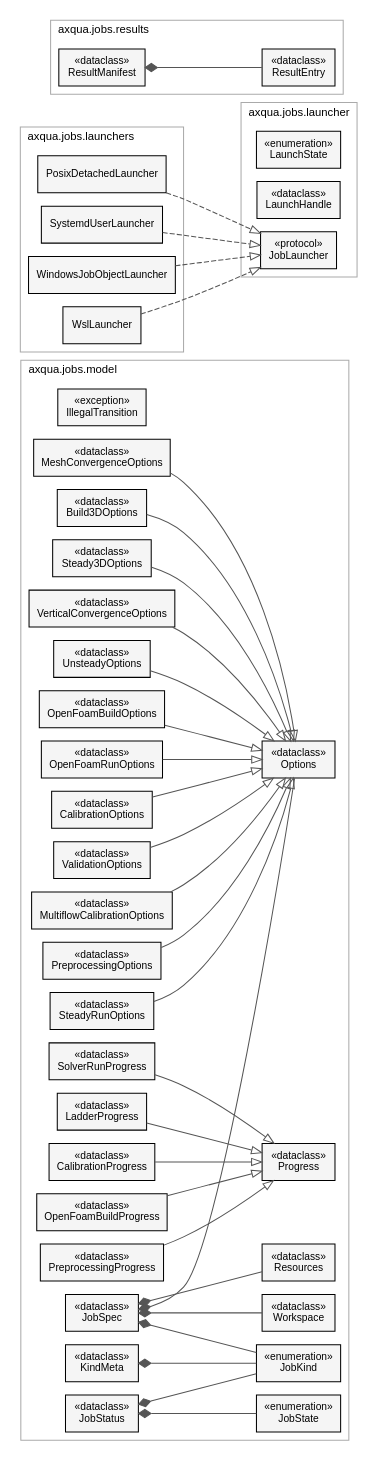
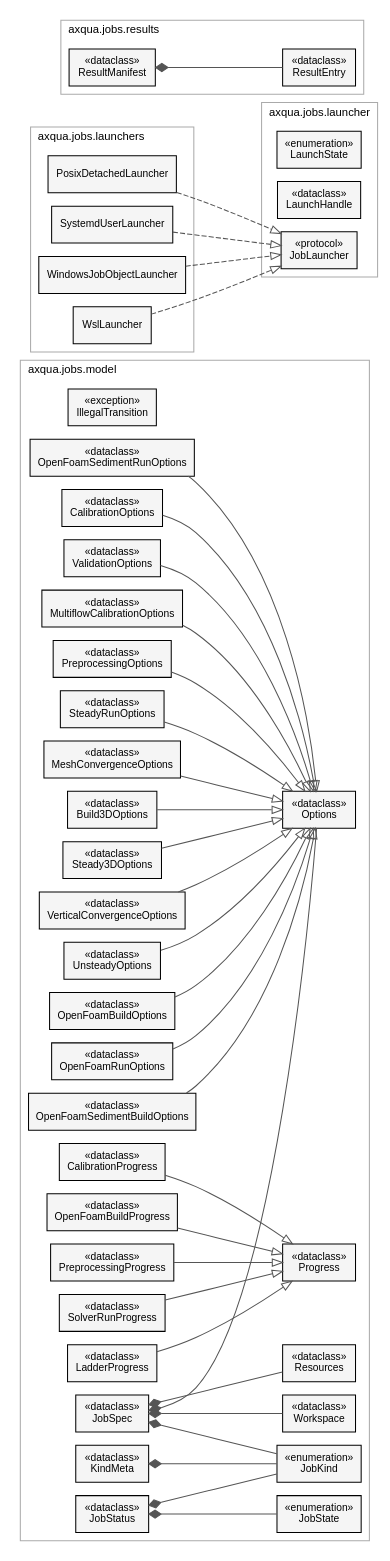
One commit to sschwindt/aXqua changed the diagram in docs/img/uml-jobs.dot. Above: the diagram before and after it, drawn with Graphviz. The commit also changed 37 other files, not shown here.

```diff
--- a/docs/img/uml-jobs.dot
+++ b/docs/img/uml-jobs.dot
@@ -1,82 +1,86 @@
 digraph uml_jobs {
   graph [rankdir=LR, nodesep=0.18, ranksep=1.0, fontname="Helvetica,Arial,sans-serif", fontsize=11, labeljust=l];
   node [shape=box, style=filled, fillcolor="#f5f5f5", fontname="Helvetica,Arial,sans-serif", fontsize=10, margin="0.12,0.06"];
   edge [color="#555555"];
   subgraph cluster_0 {
     label="axqua.jobs.model"; color="#aaaaaa";
     JobState [label="&#171;enumeration&#187;\nJobState"];
     IllegalTransition [label="&#171;exception&#187;\nIllegalTransition"];
     JobKind [label="&#171;enumeration&#187;\nJobKind"];
     Options [label="&#171;dataclass&#187;\nOptions"];
     PreprocessingOptions [label="&#171;dataclass&#187;\nPreprocessingOptions"];
     SteadyRunOptions [label="&#171;dataclass&#187;\nSteadyRunOptions"];
     MeshConvergenceOptions [label="&#171;dataclass&#187;\nMeshConvergenceOptions"];
     Build3DOptions [label="&#171;dataclass&#187;\nBuild3DOptions"];
     Steady3DOptions [label="&#171;dataclass&#187;\nSteady3DOptions"];
     VerticalConvergenceOptions [label="&#171;dataclass&#187;\nVerticalConvergenceOptions"];
     UnsteadyOptions [label="&#171;dataclass&#187;\nUnsteadyOptions"];
     OpenFoamBuildOptions [label="&#171;dataclass&#187;\nOpenFoamBuildOptions"];
     OpenFoamRunOptions [label="&#171;dataclass&#187;\nOpenFoamRunOptions"];
+    OpenFoamSedimentBuildOptions [label="&#171;dataclass&#187;\nOpenFoamSedimentBuildOptions"];
+    OpenFoamSedimentRunOptions [label="&#171;dataclass&#187;\nOpenFoamSedimentRunOptions"];
     CalibrationOptions [label="&#171;dataclass&#187;\nCalibrationOptions"];
     ValidationOptions [label="&#171;dataclass&#187;\nValidationOptions"];
     MultiflowCalibrationOptions [label="&#171;dataclass&#187;\nMultiflowCalibrationOptions"];
     Progress [label="&#171;dataclass&#187;\nProgress"];
     PreprocessingProgress [label="&#171;dataclass&#187;\nPreprocessingProgress"];
     SolverRunProgress [label="&#171;dataclass&#187;\nSolverRunProgress"];
     LadderProgress [label="&#171;dataclass&#187;\nLadderProgress"];
     CalibrationProgress [label="&#171;dataclass&#187;\nCalibrationProgress"];
     OpenFoamBuildProgress [label="&#171;dataclass&#187;\nOpenFoamBuildProgress"];
     KindMeta [label="&#171;dataclass&#187;\nKindMeta"];
     Resources [label="&#171;dataclass&#187;\nResources"];
     Workspace [label="&#171;dataclass&#187;\nWorkspace"];
     JobSpec [label="&#171;dataclass&#187;\nJobSpec"];
     JobStatus [label="&#171;dataclass&#187;\nJobStatus"];
   }
   subgraph cluster_1 {
     label="axqua.jobs.launcher"; color="#aaaaaa";
     LaunchState [label="&#171;enumeration&#187;\nLaunchState"];
     LaunchHandle [label="&#171;dataclass&#187;\nLaunchHandle"];
     JobLauncher [label="&#171;protocol&#187;\nJobLauncher"];
   }
   subgraph cluster_2 {
     label="axqua.jobs.launchers"; color="#aaaaaa";
     PosixDetachedLauncher [label="PosixDetachedLauncher"];
     SystemdUserLauncher [label="SystemdUserLauncher"];
     WindowsJobObjectLauncher [label="WindowsJobObjectLauncher"];
     WslLauncher [label="WslLauncher"];
   }
   subgraph cluster_3 {
     label="axqua.jobs.results"; color="#aaaaaa";
     ResultEntry [label="&#171;dataclass&#187;\nResultEntry"];
     ResultManifest [label="&#171;dataclass&#187;\nResultManifest"];
   }
   PreprocessingOptions -> Options [arrowhead=empty];
   SteadyRunOptions -> Options [arrowhead=empty];
   MeshConvergenceOptions -> Options [arrowhead=empty];
   Build3DOptions -> Options [arrowhead=empty];
   Steady3DOptions -> Options [arrowhead=empty];
   VerticalConvergenceOptions -> Options [arrowhead=empty];
   UnsteadyOptions -> Options [arrowhead=empty];
   OpenFoamBuildOptions -> Options [arrowhead=empty];
   OpenFoamRunOptions -> Options [arrowhead=empty];
+  OpenFoamSedimentBuildOptions -> Options [arrowhead=empty];
+  OpenFoamSedimentRunOptions -> Options [arrowhead=empty];
   CalibrationOptions -> Options [arrowhead=empty];
   ValidationOptions -> Options [arrowhead=empty];
   MultiflowCalibrationOptions -> Options [arrowhead=empty];
   PreprocessingProgress -> Progress [arrowhead=empty];
   SolverRunProgress -> Progress [arrowhead=empty];
   LadderProgress -> Progress [arrowhead=empty];
   CalibrationProgress -> Progress [arrowhead=empty];
   OpenFoamBuildProgress -> Progress [arrowhead=empty];
   KindMeta -> JobKind [arrowtail=diamond, dir=back];
   JobSpec -> JobKind [arrowtail=diamond, dir=back];
   JobSpec -> Resources [arrowtail=diamond, dir=back];
   JobSpec -> Workspace [arrowtail=diamond, dir=back];
   JobSpec -> Options [arrowtail=diamond, dir=back];
   JobStatus -> JobState [arrowtail=diamond, dir=back];
   JobStatus -> JobKind [arrowtail=diamond, dir=back];
   ResultManifest -> ResultEntry [arrowtail=diamond, dir=back];
   PosixDetachedLauncher -> JobLauncher [arrowhead=empty, style=dashed];
   SystemdUserLauncher -> JobLauncher [arrowhead=empty, style=dashed];
   WindowsJobObjectLauncher -> JobLauncher [arrowhead=empty, style=dashed];
   WslLauncher -> JobLauncher [arrowhead=empty, style=dashed];
 }
```
